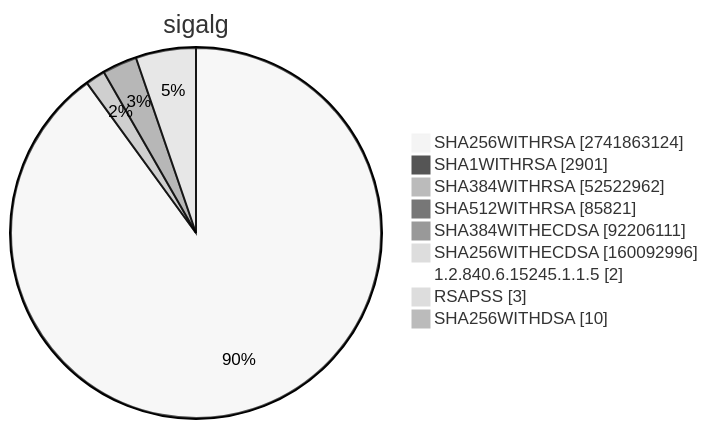
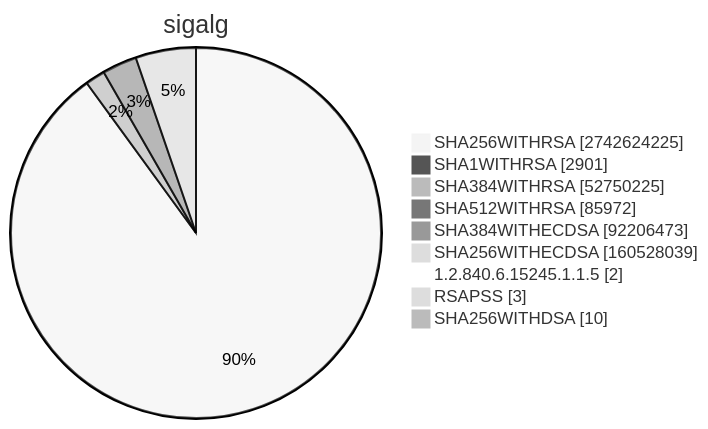
Before and after one commit to christiankrug/ctmonitor_visualization: diagram 15 of 15 in TOTAL/README.md, drawn with Mermaid (neutral theme). The commit also changed other lines of this file, not shown here.

````diff
--- a/TOTAL/README.md
+++ b/TOTAL/README.md
@@ -6206,13 +6206,13 @@
 ```mermaid
 pie showData
 title sigalg
-"SHA256WITHRSA" :2741863124
+"SHA256WITHRSA" :2742624225
 "SHA1WITHRSA" :2901
-"SHA384WITHRSA" :52522962
-"SHA512WITHRSA" :85821
-"SHA384WITHECDSA" :92206111
-"SHA256WITHECDSA" :160092996
+"SHA384WITHRSA" :52750225
+"SHA512WITHRSA" :85972
+"SHA384WITHECDSA" :92206473
+"SHA256WITHECDSA" :160528039
 "1.2.840.6.15245.1.1.5" :2
 "RSAPSS" :3
 "SHA256WITHDSA" :10
 ```
````
